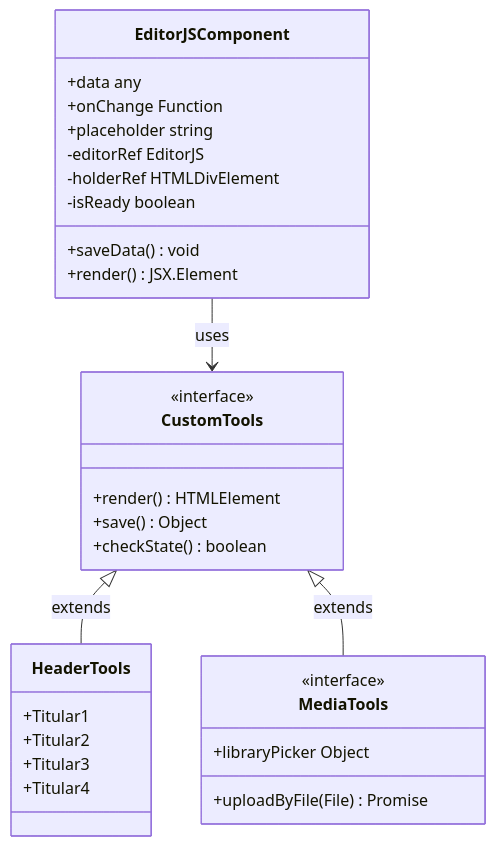
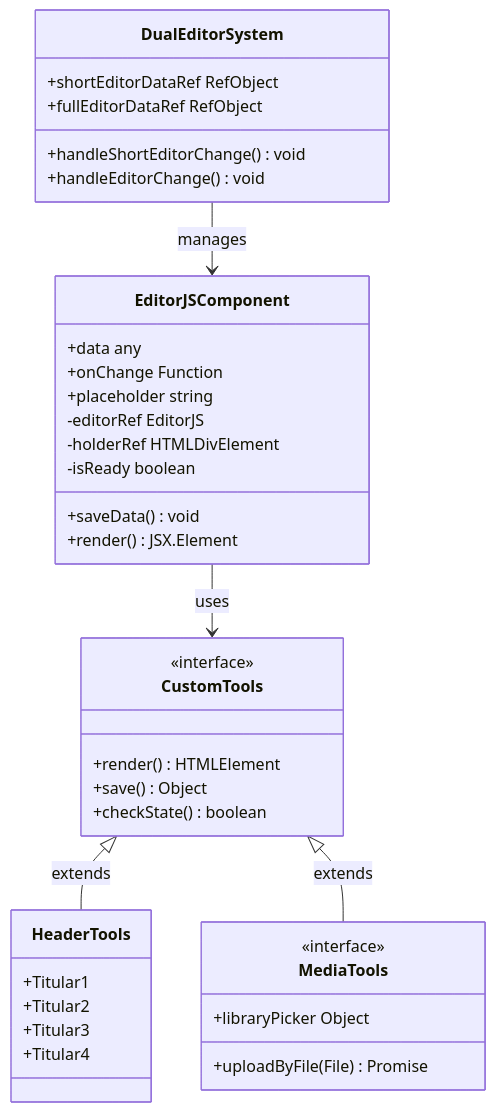
The eighth of 15 diagrams in .qoder/repowiki/en/content/Core Features Implementation/Administrative Features/Content Management System/Services Management Interface.md (xLegarda/GreenAxis), drawn with Mermaid before and after one commit. The commit also changed other lines of this file and 42 other files, not shown here.

````diff
--- a/.qoder/repowiki/en/content/Core Features Implementation/Administrative Features/Content Management System/Services Management Interface.md
+++ b/.qoder/repowiki/en/content/Core Features Implementation/Administrative Features/Content Management System/Services Management Interface.md
@@ -202,33 +302,40 @@
 ```mermaid
 classDiagram
 class EditorJSComponent {
 +data any
 +onChange Function
 +placeholder string
 -editorRef EditorJS
 -holderRef HTMLDivElement
 -isReady boolean
 +saveData() void
 +render() JSX.Element
+}
+class DualEditorSystem {
++shortEditorDataRef RefObject
++fullEditorDataRef RefObject
++handleShortEditorChange() void
++handleEditorChange() void
 }
 class CustomTools {
 <<interface>>
 +render() HTMLElement
 +save() Object
 +checkState() boolean
 }
 class HeaderTools {
 +Titular1
 +Titular2
 +Titular3
 +Titular4
 }
 class MediaTools {
 <<interface>>
 +uploadByFile(File) Promise
 +libraryPicker Object
 }
 EditorJSComponent --> CustomTools : uses
+DualEditorSystem --> EditorJSComponent : manages
 CustomTools <|-- HeaderTools : extends
 CustomTools <|-- MediaTools : extends
 ```
````
